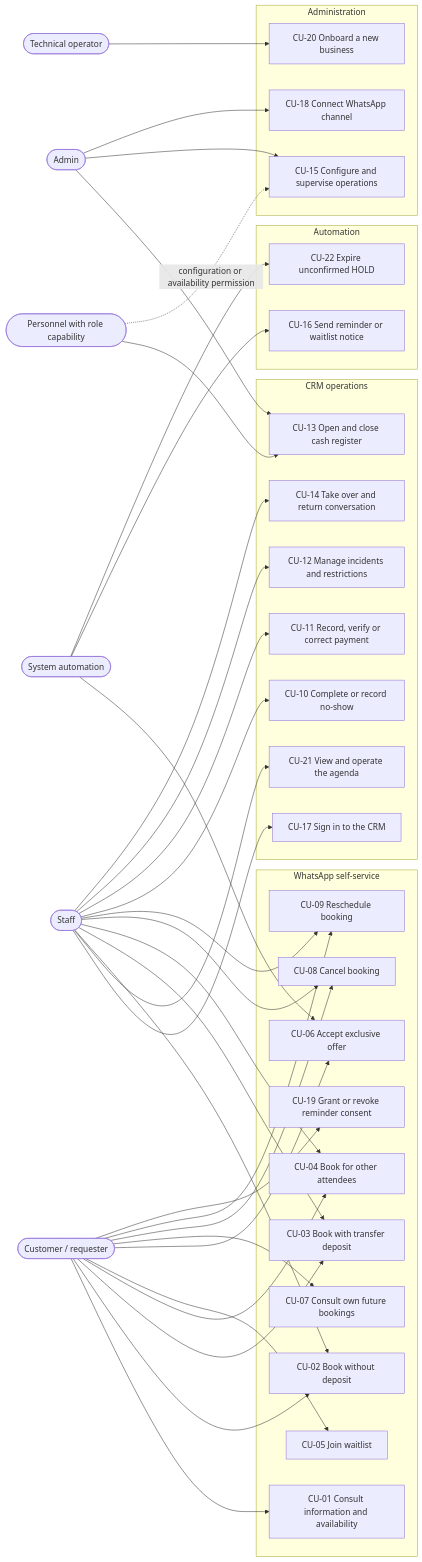
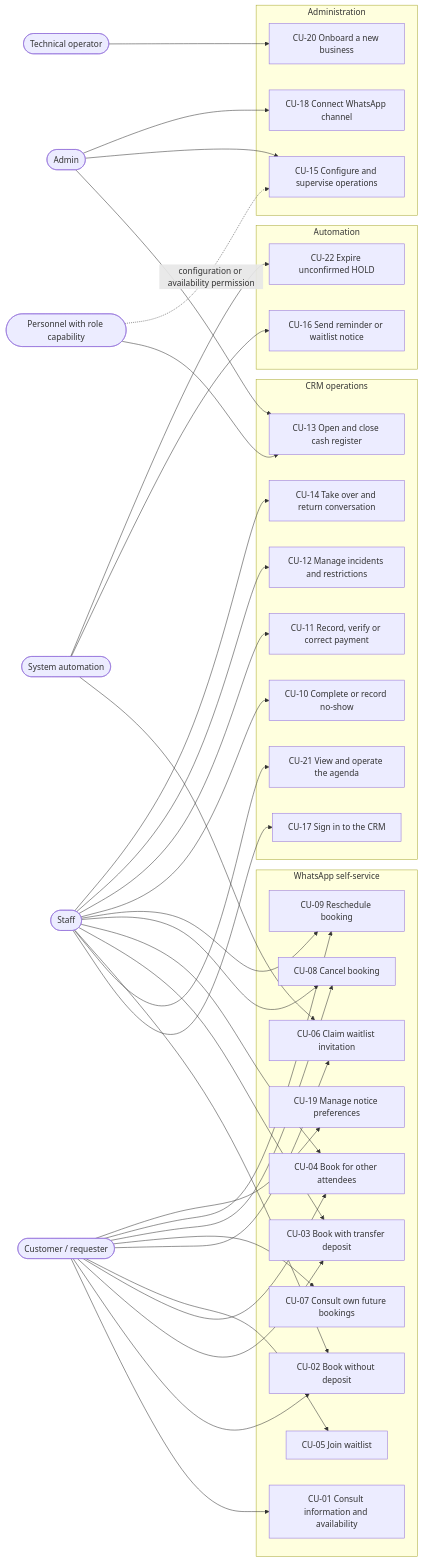
One commit to nanonoir/Agendoxa changed the first of 2 diagrams in docs/product-specs/uc-02/use-cases.md. Above: the diagram before and after it, drawn with Mermaid. The commit also changed other lines of this file and 11 other files, not shown here.

````diff
--- a/docs/product-specs/uc-02/use-cases.md
+++ b/docs/product-specs/uc-02/use-cases.md
@@ -66,51 +66,51 @@
 ```mermaid
 flowchart LR
     CUS([Customer / requester])
     STF([Staff])
     AUT([Personnel with role capability])
     ADM([Admin])
     OPR([Technical operator])
     SYS([System automation])
 
     subgraph SELF[WhatsApp self-service]
         CU01[CU-01 Consult information and availability]
         CU02[CU-02 Book without deposit]
         CU03[CU-03 Book with transfer deposit]
         CU04[CU-04 Book for other attendees]
         CU05[CU-05 Join waitlist]
-        CU06[CU-06 Accept exclusive offer]
+        CU06[CU-06 Claim waitlist invitation]
         CU07[CU-07 Consult own future bookings]
         CU08[CU-08 Cancel booking]
         CU09[CU-09 Reschedule booking]
-        CU19[CU-19 Grant or revoke reminder consent]
+        CU19[CU-19 Manage notice preferences]
     end
 
     subgraph OPS[CRM operations]
         CU17[CU-17 Sign in to the CRM]
         CU21[CU-21 View and operate the agenda]
         CU10[CU-10 Complete or record no-show]
         CU11[CU-11 Record, verify or correct payment]
         CU12[CU-12 Manage incidents and restrictions]
         CU13[CU-13 Open and close cash register]
         CU14[CU-14 Take over and return conversation]
     end
 
     subgraph ADMIN[Administration]
         CU15[CU-15 Configure and supervise operations]
         CU18[CU-18 Connect WhatsApp channel]
         CU20[CU-20 Onboard a new business]
     end
 
     subgraph AUTO[Automation]
         CU16[CU-16 Send reminder or waitlist notice]
         CU22[CU-22 Expire unconfirmed HOLD]
     end
 
     CUS --> CU01 & CU02 & CU03 & CU04 & CU05 & CU06 & CU07 & CU08 & CU09 & CU19
     STF --> CU17 & CU21 & CU02 & CU03 & CU04 & CU08 & CU09 & CU10 & CU11 & CU12 & CU14
     AUT --> CU13
     AUT -.->|configuration or availability permission| CU15
     ADM --> CU13 & CU15 & CU18
     OPR --> CU20
     SYS --> CU06 & CU16 & CU22
 ```
````
